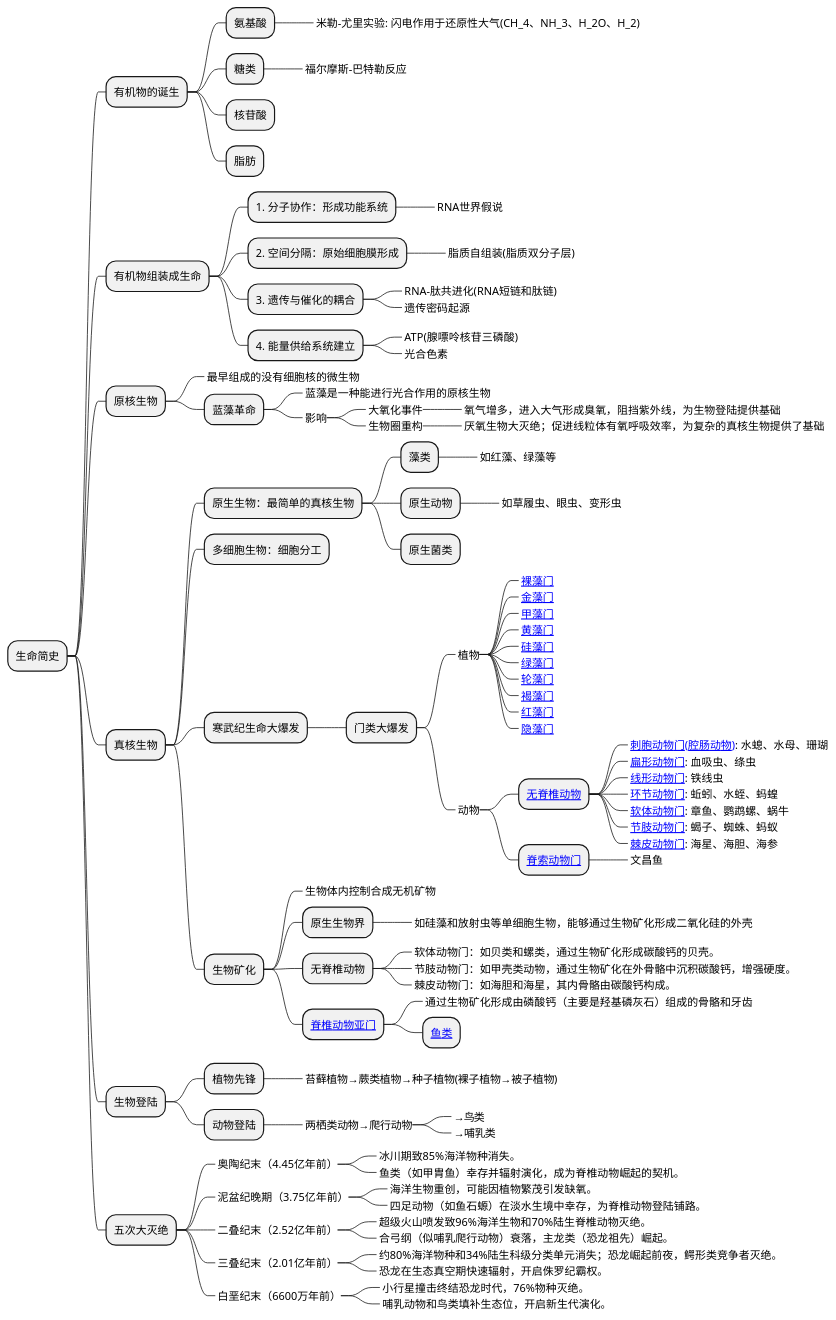
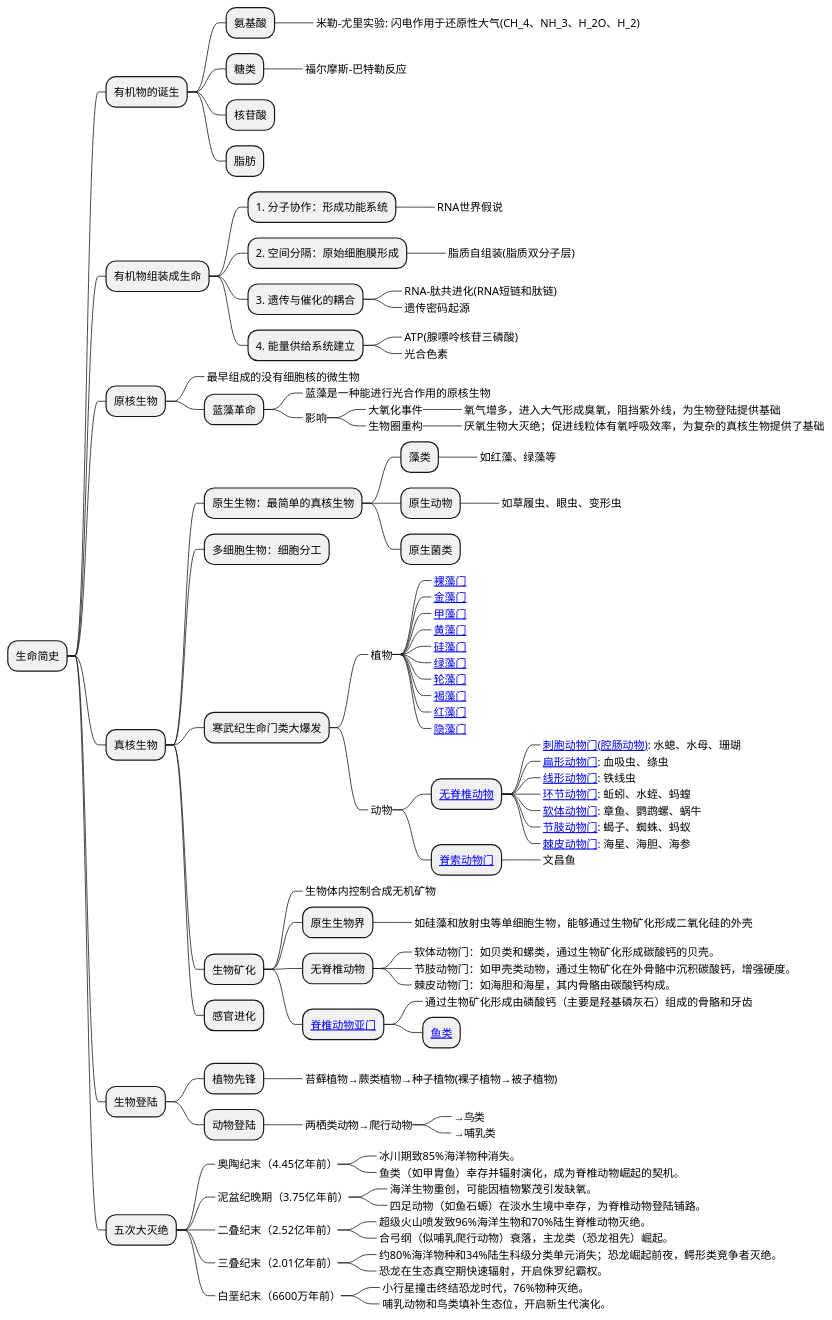
One commit to holmofy/blog.hufeifei.cn changed the diagram in source/_posts/history/life-history.md. Above: the diagram before and after it, drawn with PlantUML.

```diff
--- a/source/_posts/history/life-history.md
+++ b/source/_posts/history/life-history.md
@@ -50,30 +50,29 @@
 +++++_ 如草履虫、眼虫、变形虫
 ++++ 原生菌类
 +++ 多细胞生物：细胞分工
-+++ 寒武纪生命大爆发
-++++ 门类大爆发
-+++++_ 植物
-++++++_ [[https://baike.baidu.com/item/裸藻门/2948175 裸藻门]]
-++++++_ [[https://baike.baidu.com/item/金藻门/1584161 金藻门]]
-++++++_ [[https://baike.baidu.com/item/甲藻门/1584123 甲藻门]]
-++++++_ [[https://baike.baidu.com/item/黄藻门/1584223 黄藻门]]
-++++++_ [[https://baike.baidu.com/item/硅藻门/1584241 硅藻门]]
-++++++_ [[https://baike.baidu.com/item/绿藻门/714651 绿藻门]]
-++++++_ [[https://baike.baidu.com/item/轮藻门/1653690 轮藻门]]
-++++++_ [[https://baike.baidu.com/item/褐藻门/2518539 褐藻门]]
-++++++_ [[https://baike.baidu.com/item/红藻门/2526237 红藻门]]
-++++++_ [[https://baike.baidu.com/item/隐藻门/6478716 隐藻门]]
-+++++_ 动物
-++++++ [[https://baike.baidu.com/item/无脊椎动物/149803 无脊椎动物]]
-+++++++_ [[https://baike.baidu.com/item/刺胞动物门 刺胞动物门(腔肠动物)]]: 水螅、水母、珊瑚
-+++++++_ [[https://baike.baidu.com/item/扁形动物门 扁形动物门]]: 血吸虫、绦虫
-+++++++_ [[https://baike.baidu.com/item/线形动物门 线形动物门]]: 铁线虫
-+++++++_ [[https://baike.baidu.com/item/环节动物 环节动物门]]: 蚯蚓、水蛭、蚂蝗
-+++++++_ [[https://baike.baidu.com/item/软体动物 软体动物门]]: 章鱼、鹦鹉螺、蜗牛
-+++++++_ [[https://baike.baidu.com/item/节肢动物门 节肢动物门]]: 蝎子、蜘蛛、蚂蚁
-+++++++_ [[https://baike.baidu.com/item/棘皮动物门 棘皮动物门]]: 海星、海胆、海参
-++++++ [[https://baike.baidu.com/item/脊索动物门 脊索动物门]]
-+++++++_ 文昌鱼
++++ 寒武纪生命门类大爆发
+++++_ 植物
++++++_ [[https://baike.baidu.com/item/裸藻门/2948175 裸藻门]]
++++++_ [[https://baike.baidu.com/item/金藻门/1584161 金藻门]]
++++++_ [[https://baike.baidu.com/item/甲藻门/1584123 甲藻门]]
++++++_ [[https://baike.baidu.com/item/黄藻门/1584223 黄藻门]]
++++++_ [[https://baike.baidu.com/item/硅藻门/1584241 硅藻门]]
++++++_ [[https://baike.baidu.com/item/绿藻门/714651 绿藻门]]
++++++_ [[https://baike.baidu.com/item/轮藻门/1653690 轮藻门]]
++++++_ [[https://baike.baidu.com/item/褐藻门/2518539 褐藻门]]
++++++_ [[https://baike.baidu.com/item/红藻门/2526237 红藻门]]
++++++_ [[https://baike.baidu.com/item/隐藻门/6478716 隐藻门]]
+++++_ 动物
++++++ [[https://baike.baidu.com/item/无脊椎动物/149803 无脊椎动物]]
+++++++_ [[https://baike.baidu.com/item/刺胞动物门 刺胞动物门(腔肠动物)]]: 水螅、水母、珊瑚
+++++++_ [[https://baike.baidu.com/item/扁形动物门 扁形动物门]]: 血吸虫、绦虫
+++++++_ [[https://baike.baidu.com/item/线形动物门 线形动物门]]: 铁线虫
+++++++_ [[https://baike.baidu.com/item/环节动物 环节动物门]]: 蚯蚓、水蛭、蚂蝗
+++++++_ [[https://baike.baidu.com/item/软体动物 软体动物门]]: 章鱼、鹦鹉螺、蜗牛
+++++++_ [[https://baike.baidu.com/item/节肢动物门 节肢动物门]]: 蝎子、蜘蛛、蚂蚁
+++++++_ [[https://baike.baidu.com/item/棘皮动物门 棘皮动物门]]: 海星、海胆、海参
++++++ [[https://baike.baidu.com/item/脊索动物门 脊索动物门]]
+++++++_ 文昌鱼
 +++ 生物矿化
 ++++_ 生物体内控制合成无机矿物
 ++++ 原生生物界
@@ -85,6 +84,8 @@
 ++++ [[https://baike.baidu.com/item/脊椎动物亚门 脊椎动物亚门]]
 +++++_ 通过生物矿化形成由磷酸钙（主要是羟基磷灰石）组成的骨骼和牙齿
 +++++ [[https://baike.baidu.com/item/鱼类/524517 鱼类]]
++++ 感官进化
+
 ++ 生物登陆
 +++ 植物先锋
 ++++_ 苔藓植物→蕨类植物→种子植物(裸子植物→被子植物)
```
